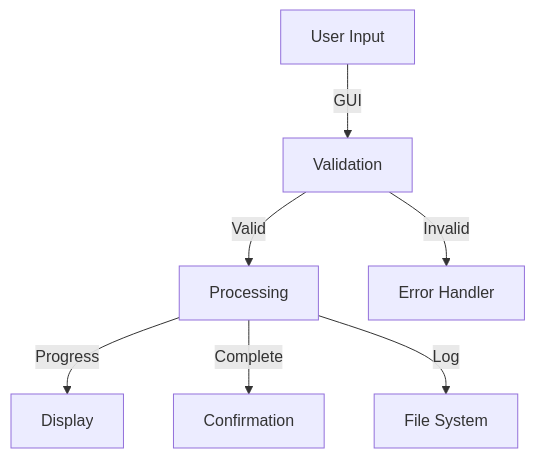
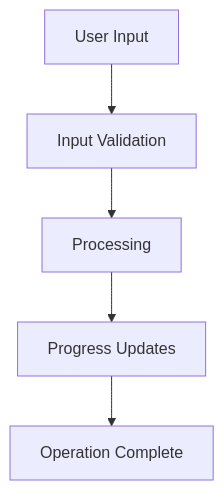
Before and after one commit to amcodin/Powershell_EQL: the third of 3 diagrams in memory-bank/systemPatterns.md, drawn with Mermaid. The commit also changed other lines of this file and 15 other files, not shown here.

````diff
--- a/memory-bank/systemPatterns.md
+++ b/memory-bank/systemPatterns.md
@@ -129,9 +67,7 @@
 ```mermaid
 graph TD
-    A[User Input] -->|GUI| B[Validation]
-    B -->|Valid| C[Processing]
-    B -->|Invalid| D[Error Handler]
-    C -->|Progress| E[Display]
-    C -->|Complete| F[Confirmation]
-    C -->|Log| G[File System]
+    Input[User Input] --> Validation[Input Validation]
+    Validation --> Processing[Processing]
+    Processing --> Progress[Progress Updates]
+    Progress --> Output[Operation Complete]
 ```
````
